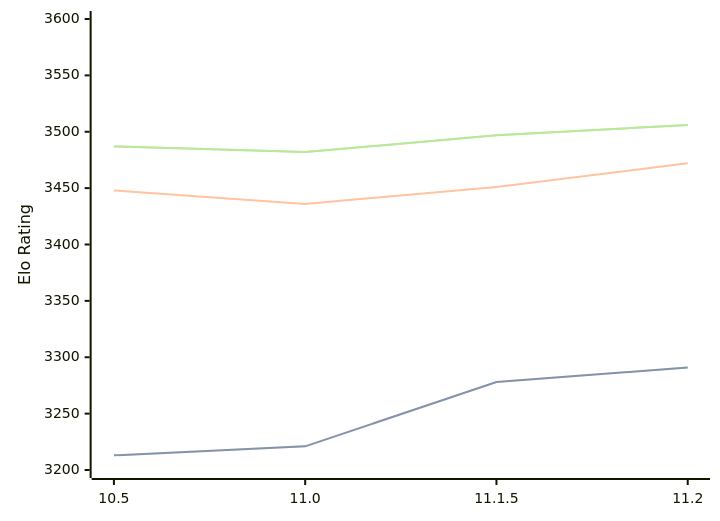
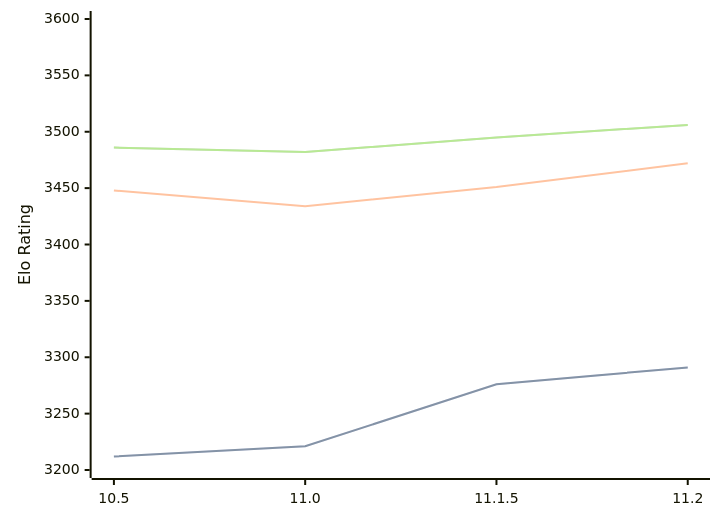
One commit to computer-chess-index/cci changed the diagram in engines/Lizard.md. Above: the diagram before and after it, drawn with Mermaid. The commit also changed other lines of this file, not shown here.

Commit message:
Update CCI Ratings (ELO VLTC) - 2026-08-03

````diff
--- a/engines/Lizard.md
+++ b/engines/Lizard.md
@@ -46,11 +46,11 @@
 ```mermaid
 %%{init: {"theme":"base","themeVariables":{"seriesColors:['#a3a3a3','#222221','#faa371']}}}%%
 xychart-beta
   x-axis ["10.5", "11.0", "11.1.5", "11.2"]
   y-axis "Elo Rating" 3200 --> 3600
-  line "STC (8.0+0.08s)" [3213, 3221, 3278, 3291]
-  line "STC (8.0+0.08s)" [3213, 3221, 3278, 3291]
-  line "LTC (60.0+0.60s)" [3448, 3436, 3451, 3472]
-  line "VLTC (2m24s+1.12s)" [3487, 3482, 3497, 3506]
-  line "VLTC (2m24s+1.12s)" [3487, 3482, 3497, 3506]
+  line "STC (8.0+0.08s)" [3212, 3221, 3276, 3291]
+  line "STC (8.0+0.08s)" [3212, 3221, 3276, 3291]
+  line "LTC (60.0+0.60s)" [3448, 3434, 3451, 3472]
+  line "VLTC (2m24s+1.12s)" [3486, 3482, 3495, 3506]
+  line "VLTC (2m24s+1.12s)" [3486, 3482, 3495, 3506]
 ```
````
